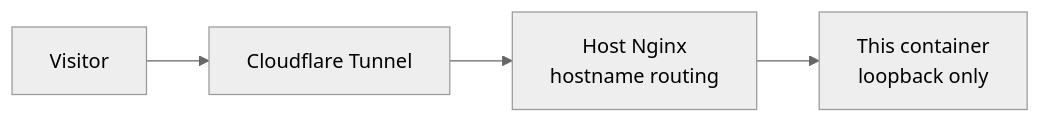
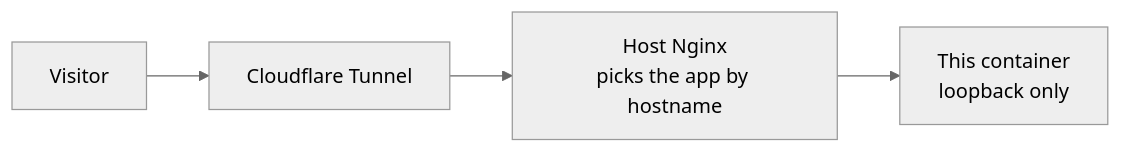
Before and after one commit to ikhwanulhakim-code/home-server-systems: the diagram in README.md, drawn with Mermaid (neutral theme). The commit also changed other lines of this file, not shown here.

````diff
--- a/README.md
+++ b/README.md
@@ -72,6 +88,6 @@
 ```mermaid
 flowchart LR
     Visitor["Visitor"] --> CF["Cloudflare Tunnel"]
-    CF --> Proxy["Host Nginx<br/>hostname routing"]
+    CF --> Proxy["Host Nginx<br/>picks the app by hostname"]
     Proxy --> App["This container<br/>loopback only"]
 ```
````
